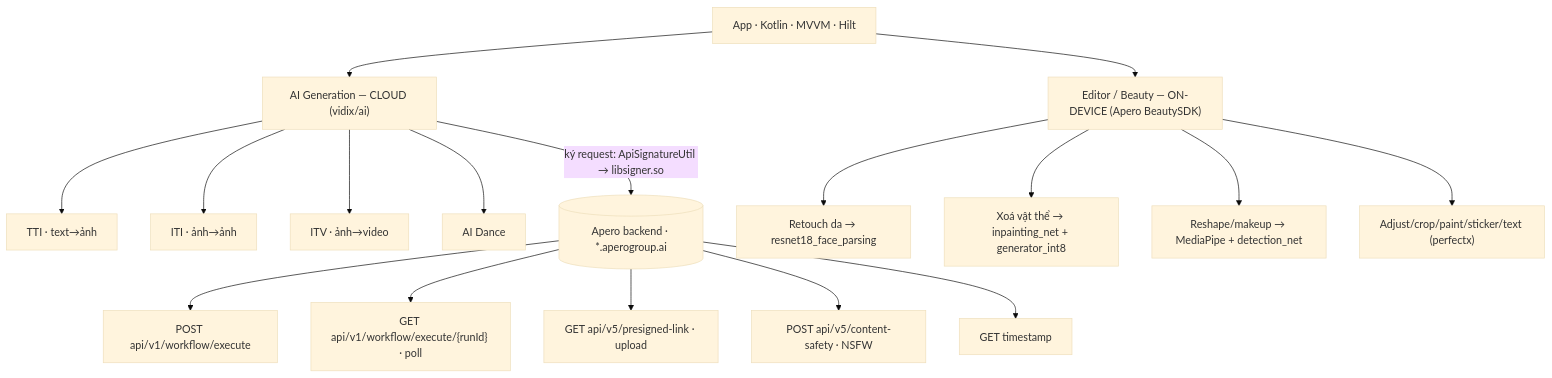
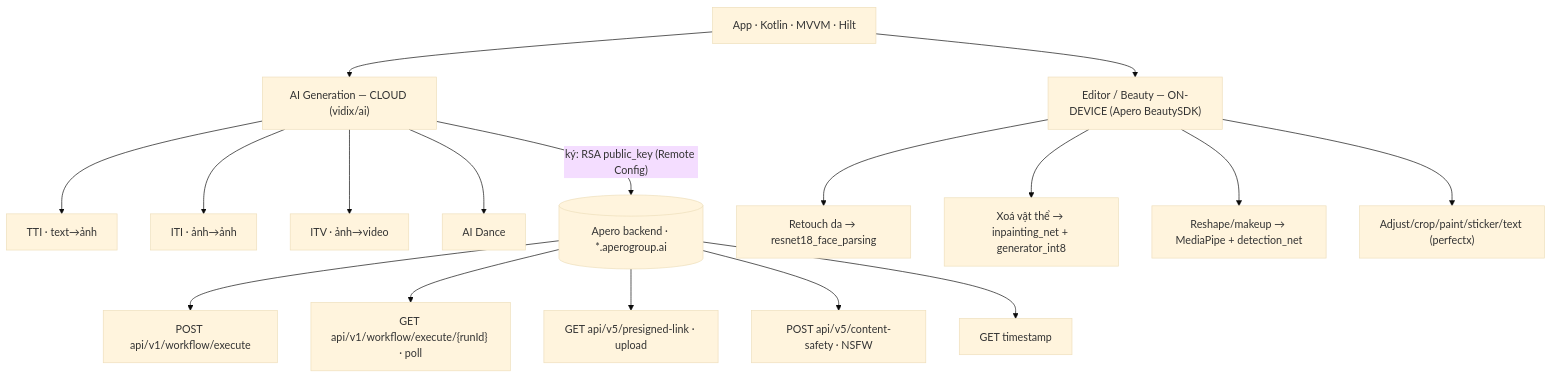
One commit to canh77/Spy-App changed the diagram in ANALYSIS.md. Above: the diagram before and after it, drawn with Mermaid (base theme). The commit also changed other lines of this file and 1 other file, not shown here.

First line of the commit message:
feat: payload/workflow/signature detail + correct libsigner attribution

````diff
--- a/ANALYSIS.md
+++ b/ANALYSIS.md
@@ -10,19 +10,19 @@
 ```mermaid
 flowchart TD
   App["App · Kotlin · MVVM · Hilt"] --> Gen["AI Generation — CLOUD (vidix/ai)"]
   App --> Edit["Editor / Beauty — ON-DEVICE (Apero BeautySDK)"]
   Gen --> TTI["TTI · text→ảnh"]
   Gen --> ITI["ITI · ảnh→ảnh"]
   Gen --> ITV["ITV · ảnh→video"]
   Gen --> Dance["AI Dance"]
-  Gen -->|"ký request: ApiSignatureUtil → libsigner.so"| BE[("Apero backend · *.aperogroup.ai")]
+  Gen -->|"ký: RSA public_key (Remote Config)"| BE[("Apero backend · *.aperogroup.ai")]
   BE --> E1["POST api/v1/workflow/execute"]
   BE --> E2["GET api/v1/workflow/execute/{runId} · poll"]
   BE --> E3["GET api/v5/presigned-link · upload"]
   BE --> E4["POST api/v5/content-safety · NSFW"]
   BE --> E5["GET timestamp"]
   Edit --> M1["Retouch da → resnet18_face_parsing"]
   Edit --> M2["Xoá vật thể → inpainting_net + generator_int8"]
   Edit --> M3["Reshape/makeup → MediaPipe + detection_net"]
   Edit --> M4["Adjust/crop/paint/sticker/text (perfectx)"]
 ```
````
